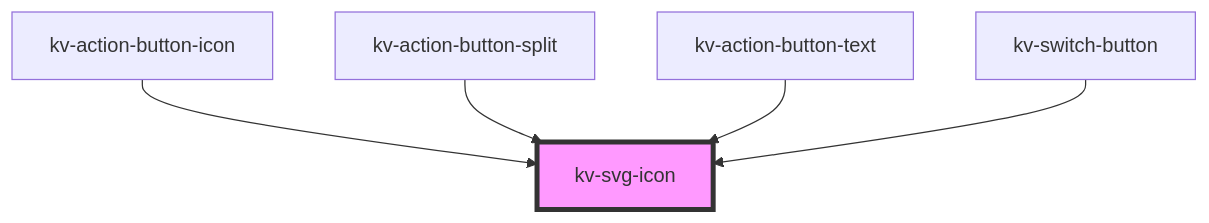
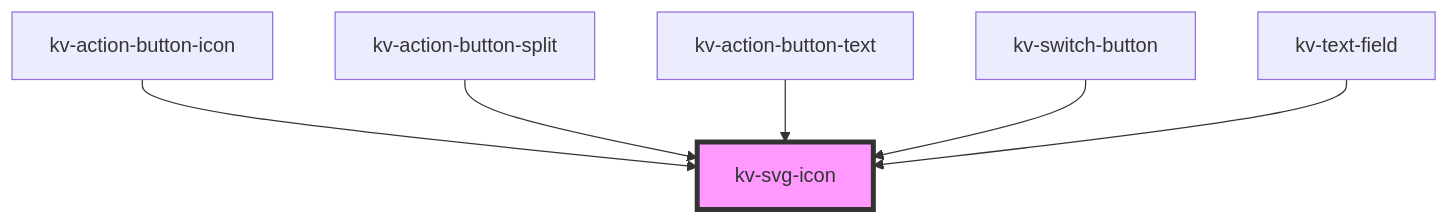
The diagram in packages/ui-components/src/components/svg-icon/readme.md (kelvininc/ui-components), drawn with Mermaid before and after one commit. The commit also changed other lines of this file and 38 other files, not shown here.

Commit message:
feat(text-field): add dark style mode

````diff
--- a/packages/ui-components/src/components/svg-icon/readme.md
+++ b/packages/ui-components/src/components/svg-icon/readme.md
@@ -131,8 +132,9 @@
 ```mermaid
 graph TD;
   kv-action-button-icon --> kv-svg-icon
   kv-action-button-split --> kv-svg-icon
   kv-action-button-text --> kv-svg-icon
   kv-switch-button --> kv-svg-icon
+  kv-text-field --> kv-svg-icon
   style kv-svg-icon fill:#f9f,stroke:#333,stroke-width:4px
 ```
````
